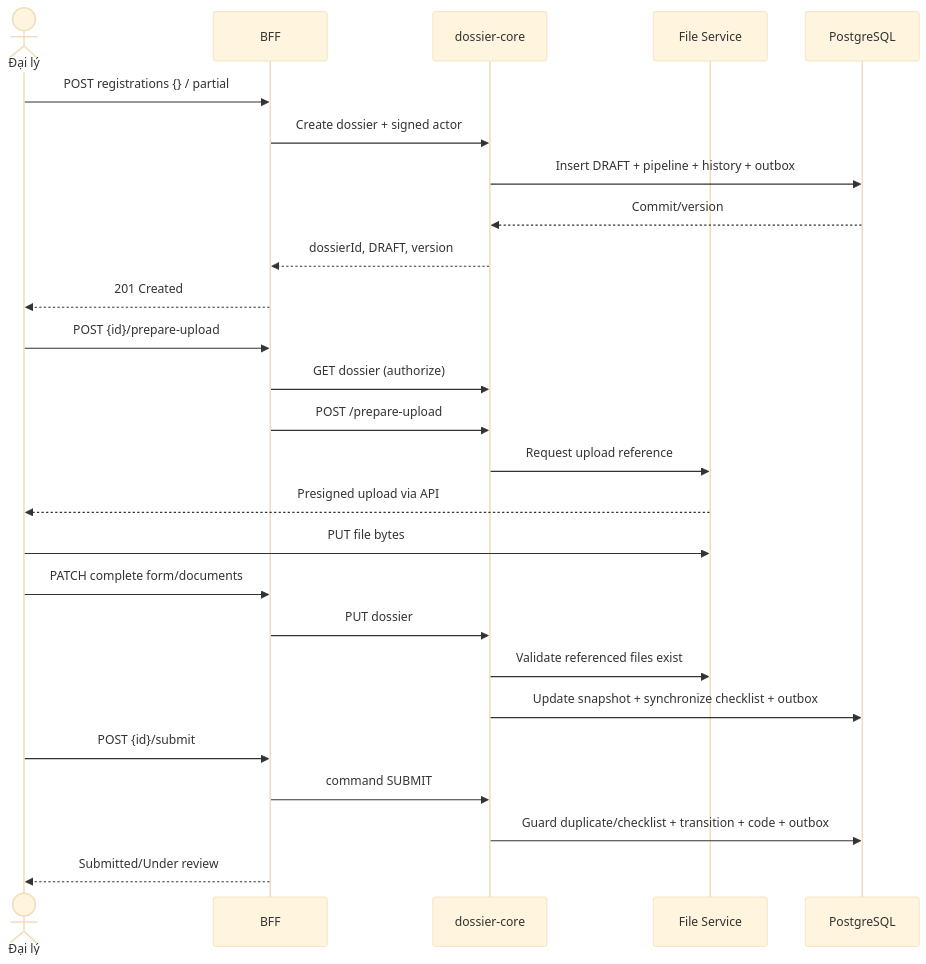
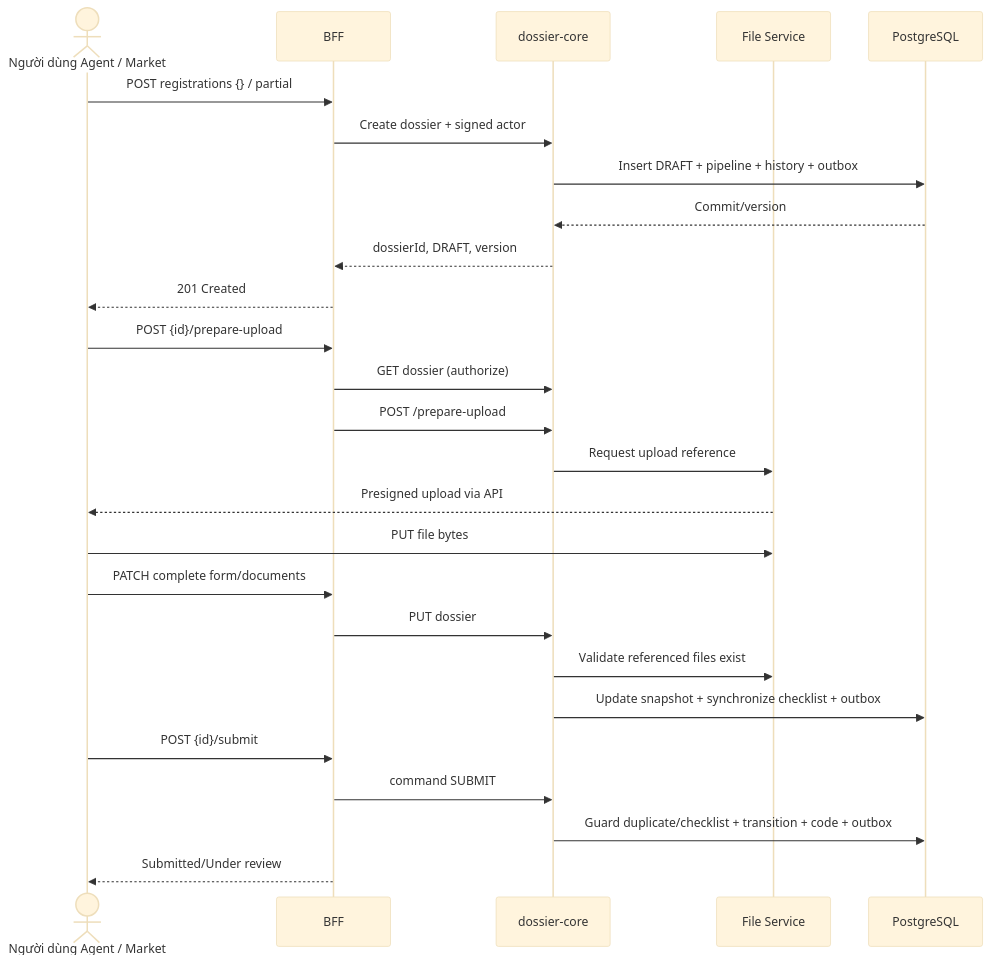
One commit to huynv-xyz/vhm changed the fifth of 8 diagrams in tdd-dossier.md. Above: the diagram before and after it, drawn with Mermaid (base theme). The commit also changed other lines of this file, not shown here.

````diff
--- a/tdd-dossier.md
+++ b/tdd-dossier.md
@@ -581,29 +570,29 @@
 ```mermaid
 sequenceDiagram
-    actor U as Đại lý
+    actor U as Người dùng Agent / Market
     participant A as BFF
     participant C as dossier-core
     participant F as File Service
     participant D as PostgreSQL
 
     U->>A: POST registrations {} / partial
     A->>C: Create dossier + signed actor
     C->>D: Insert DRAFT + pipeline + history + outbox
     D-->>C: Commit/version
     C-->>A: dossierId, DRAFT, version
     A-->>U: 201 Created
     U->>A: POST {id}/prepare-upload
     A->>C: GET dossier (authorize)
     A->>C: POST /prepare-upload
     C->>F: Request upload reference
     F-->>U: Presigned upload via API
     U->>F: PUT file bytes
     U->>A: PATCH complete form/documents
     A->>C: PUT dossier
     C->>F: Validate referenced files exist
     C->>D: Update snapshot + synchronize checklist + outbox
     U->>A: POST {id}/submit
     A->>C: command SUBMIT
     C->>D: Guard duplicate/checklist + transition + code + outbox
     A-->>U: Submitted/Under review
 ```
````
